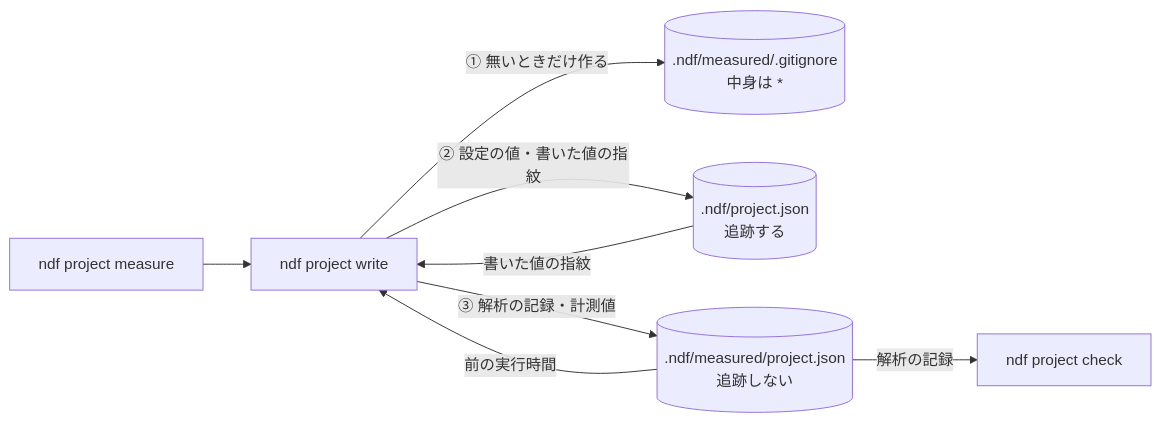
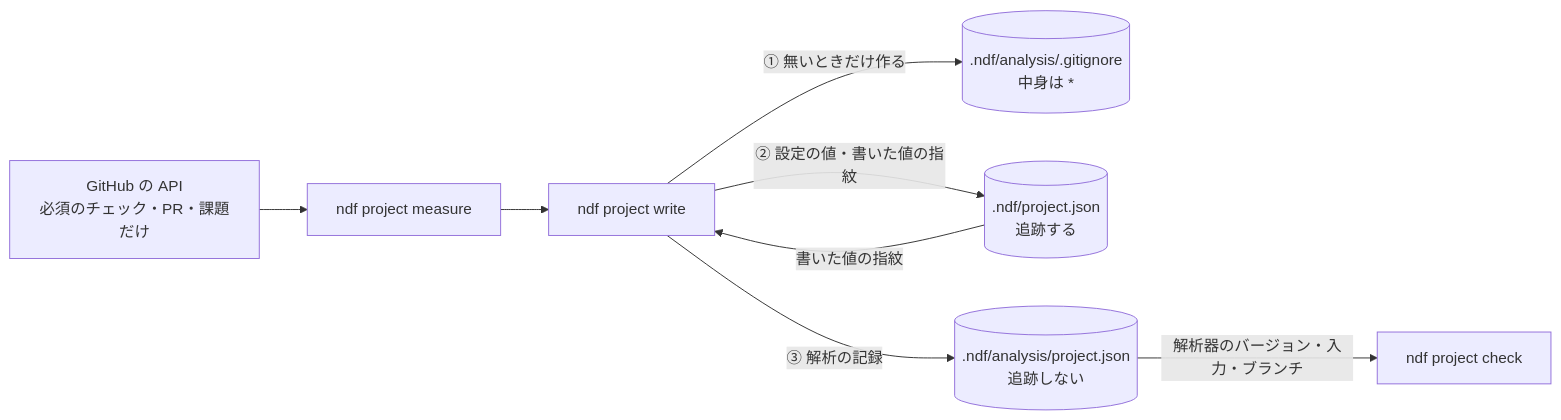
One commit to devbasex/ai-plugins changed the second of 3 diagrams in issues/issue-4516-design.md. Above: the diagram before and after it, drawn with Mermaid. The commit also changed other lines of this file and 5 other files, not shown here.

````diff
--- a/issues/issue-4516-design.md
+++ b/issues/issue-4516-design.md
@@ -44,10 +51,10 @@
 ```mermaid
 flowchart LR
-  M["ndf project measure"] --> W["ndf project write"]
-  W -->|"① 無いときだけ作る"| G[(".ndf/measured/.gitignore<br/>中身は *")]
+  GH["GitHub の API<br/>必須のチェック・PR・課題だけ"] --> M["ndf project measure"]
+  M --> W["ndf project write"]
+  W -->|"① 無いときだけ作る"| G[(".ndf/analysis/.gitignore<br/>中身は *")]
   W -->|"② 設定の値・書いた値の指紋"| P[(".ndf/project.json<br/>追跡する")]
-  W -->|"③ 解析の記録・計測値"| R[(".ndf/measured/project.json<br/>追跡しない")]
-  R -->|"解析の記録"| C["ndf project check"]
+  W -->|"③ 解析の記録"| R[(".ndf/analysis/project.json<br/>追跡しない")]
+  R -->|"解析器のバージョン・入力・ブランチ"| C["ndf project check"]
   P -->|"書いた値の指紋"| W
-  R -->|"前の実行時間"| W
 ```
````
